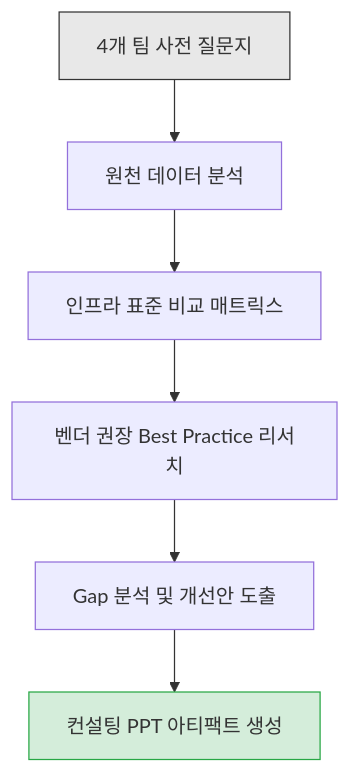
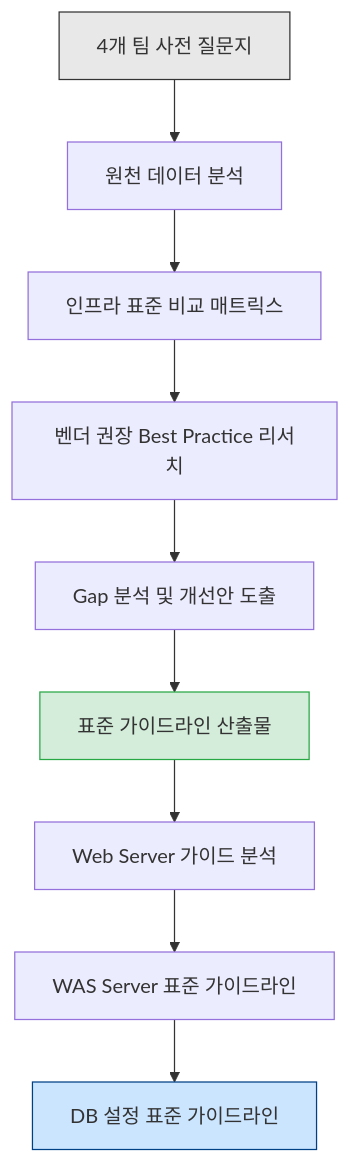
The first of 2 diagrams in AGENTS.md (ta-mingyu/was-postgre-mongo), drawn with Mermaid before and after one commit. The commit also changed other lines of this file and 20 other files, not shown here.

````diff
--- a/AGENTS.md
+++ b/AGENTS.md
@@ -9,11 +10,16 @@
 ```mermaid
 graph TD
     A[4개 팀 사전 질문지] --> B[원천 데이터 분석]
     B --> C[인프라 표준 비교 매트릭스]
     C --> D[벤더 권장 Best Practice 리서치]
     D --> E[Gap 분석 및 개선안 도출]
-    E --> F[컨설팅 PPT 아티팩트 생성]
+    E --> F[표준 가이드라인 산출물]
+
+    F --> G[Web Server 가이드 분석]
+    G --> H[WAS Server 표준 가이드라인]
+    H --> I[DB 설정 표준 가이드라인]
 
     style A fill:#e8e8e8,stroke:#333
     style F fill:#d4edda,stroke:#28a745
+    style I fill:#cce5ff,stroke:#004085
 ```
````
